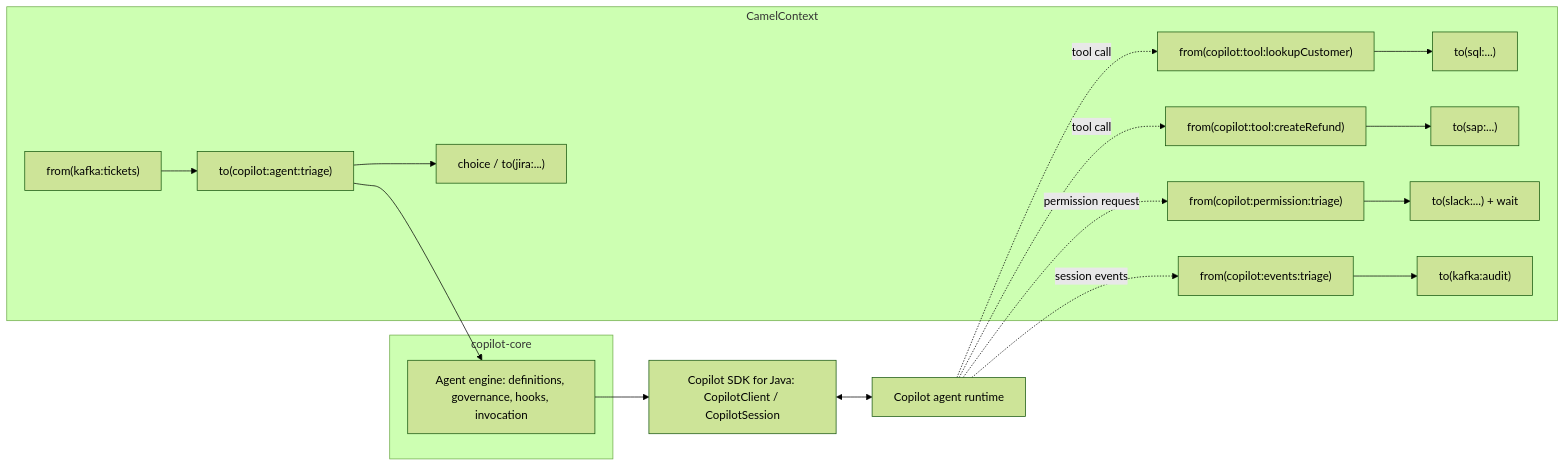
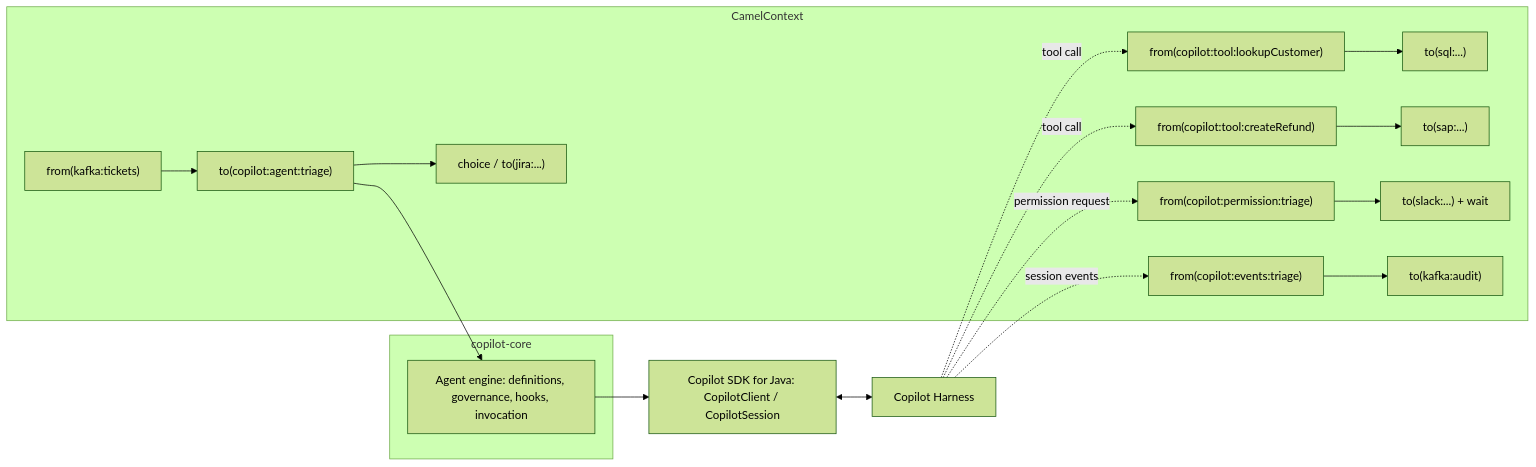
The diagram in java/camel/DESIGN.md (brunoborges/copilot-sdk-integrations), drawn with Mermaid (forest theme) before and after one commit. The commit also changed other lines of this file and 1 other file, not shown here.

First line of the commit message:
Rename Copilot Agent Runtime to Copilot Harness

````diff
--- a/java/camel/DESIGN.md
+++ b/java/camel/DESIGN.md
@@ -54,21 +54,21 @@
 ```mermaid
 flowchart LR
     subgraph Camel["CamelContext"]
         R1["from(kafka:tickets)"] --> P["to(copilot:agent:triage)"]
         P --> R2["choice / to(jira:...)"]
         T1["from(copilot:tool:lookupCustomer)"] --> SQL["to(sql:...)"]
         T2["from(copilot:tool:createRefund)"] --> SAP["to(sap:...)"]
         PERM["from(copilot:permission:triage)"] --> SLACK["to(slack:...) + wait"]
         EV["from(copilot:events:triage)"] --> AUDIT["to(kafka:audit)"]
     end
     subgraph Core["copilot-core"]
         ENG["Agent engine: definitions, governance, hooks, invocation"]
     end
     P --> ENG
     ENG --> SDK["Copilot SDK for Java: CopilotClient / CopilotSession"]
-    SDK <--> RT["Copilot agent runtime"]
+    SDK <--> RT["Copilot Harness"]
     RT -. tool call .-> T1
     RT -. tool call .-> T2
     RT -. permission request .-> PERM
     RT -. session events .-> EV
 ```
````
